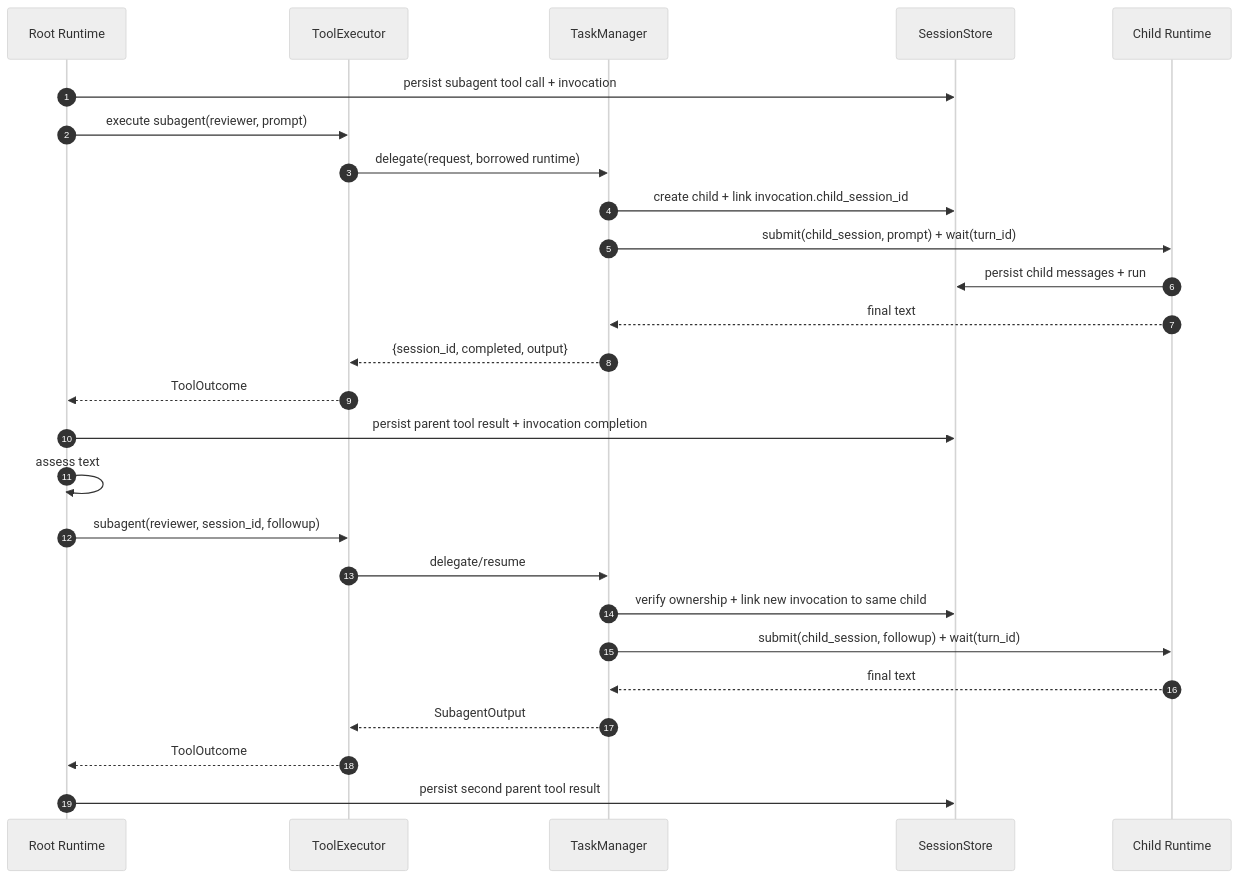
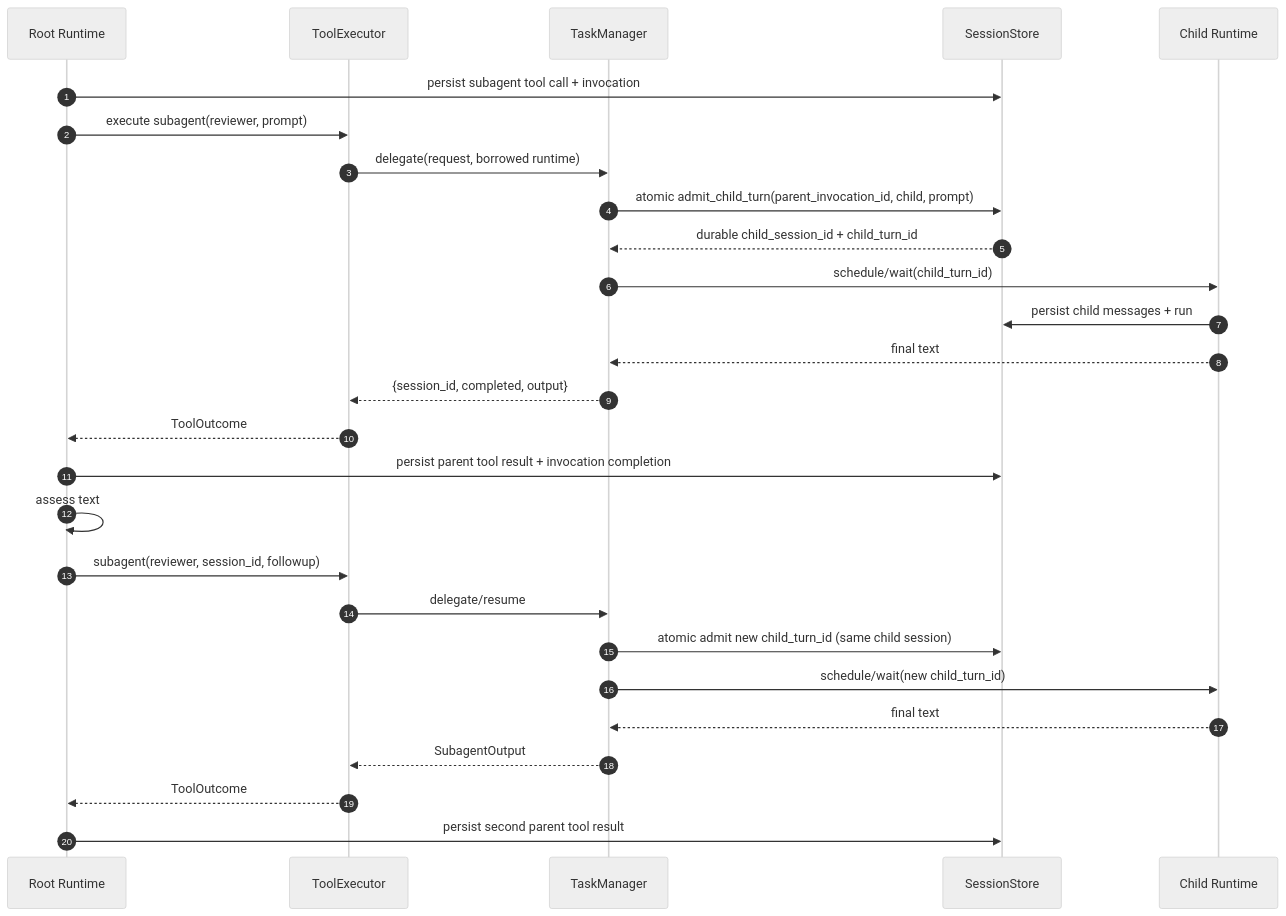
The second of 5 diagrams in docs/11-flows.md (hailp-vn38/orchestrator_agent_rs), drawn with Mermaid (neutral theme) before and after one commit. The commit also changed other lines of this file and 23 other files, not shown here.

````diff
--- a/docs/11-flows.md
+++ b/docs/11-flows.md
@@ -31,28 +31,29 @@
 ```mermaid
 sequenceDiagram
     autonumber
     participant R as Root Runtime
     participant T as ToolExecutor
     participant TM as TaskManager
     participant S as SessionStore
     participant C as Child Runtime
     R->>S: persist subagent tool call + invocation
     R->>T: execute subagent(reviewer, prompt)
     T->>TM: delegate(request, borrowed runtime)
-    TM->>S: create child + link invocation.child_session_id
-    TM->>C: submit(child_session, prompt) + wait(turn_id)
+    TM->>S: atomic admit_child_turn(parent_invocation_id, child, prompt)
+    S-->>TM: durable child_session_id + child_turn_id
+    TM->>C: schedule/wait(child_turn_id)
     C->>S: persist child messages + run
     C-->>TM: final text
     TM-->>T: {session_id, completed, output}
     T-->>R: ToolOutcome
     R->>S: persist parent tool result + invocation completion
     R->>R: assess text
     R->>T: subagent(reviewer, session_id, followup)
     T->>TM: delegate/resume
-    TM->>S: verify ownership + link new invocation to same child
-    TM->>C: submit(child_session, followup) + wait(turn_id)
+    TM->>S: atomic admit new child_turn_id (same child session)
+    TM->>C: schedule/wait(new child_turn_id)
     C-->>TM: final text
     TM-->>T: SubagentOutput
     T-->>R: ToolOutcome
     R->>S: persist second parent tool result
 ```
````
